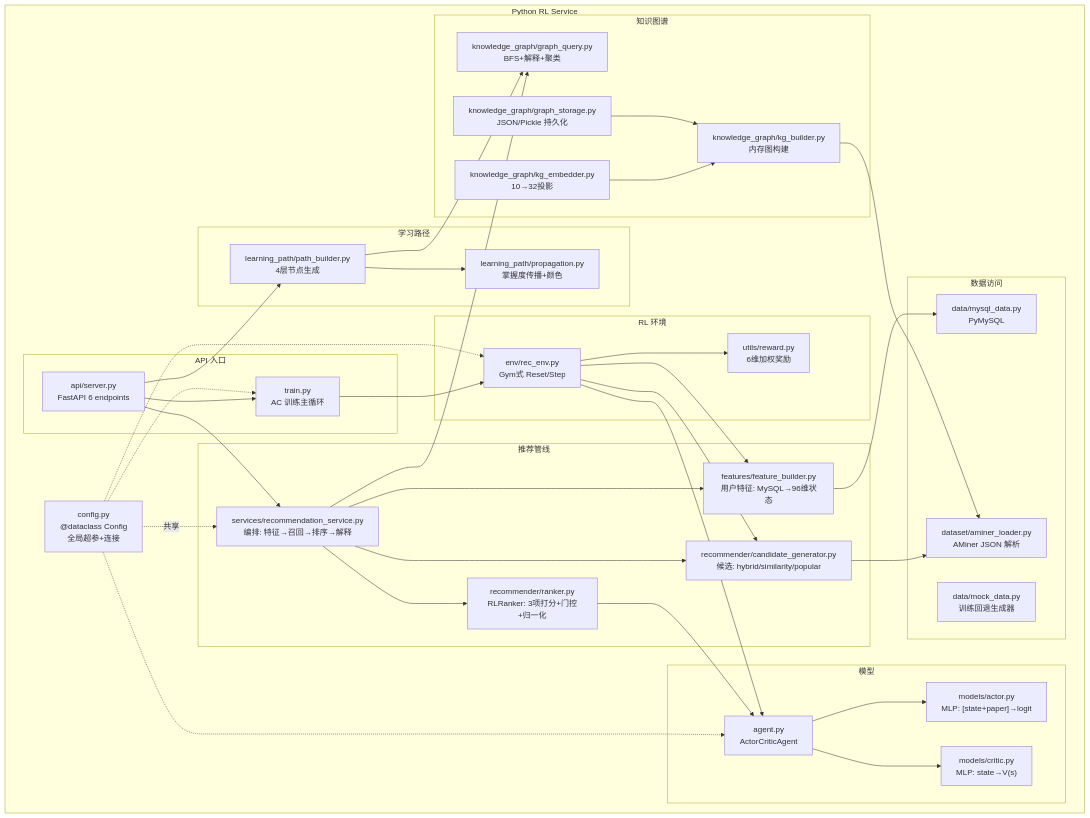
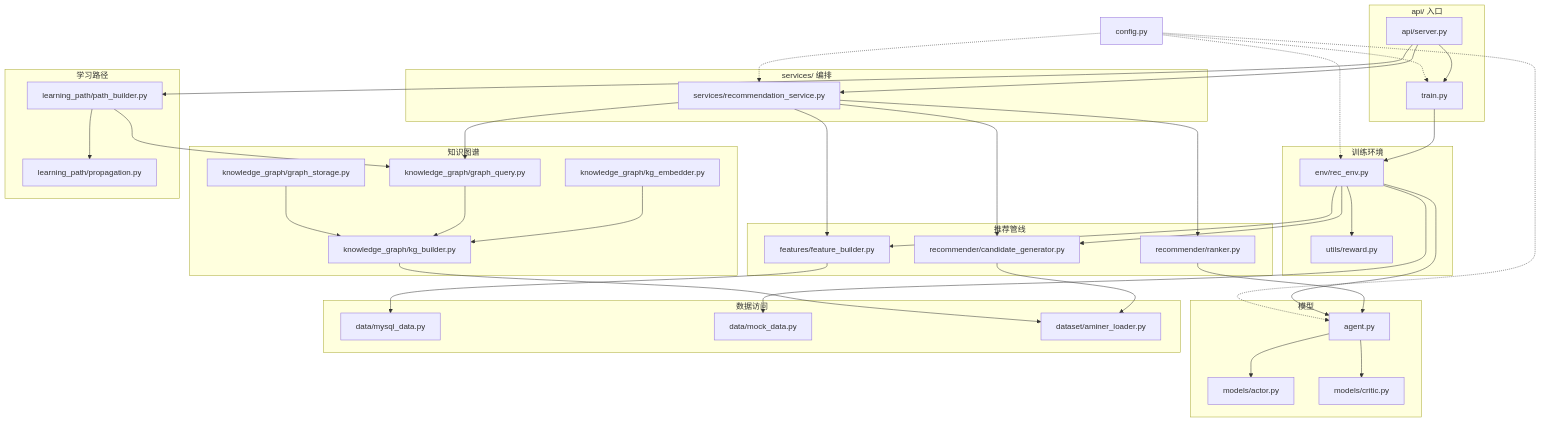
Before and after one commit to this1is1i/ACSR: the third of 3 diagrams in docs/QA_2026-06-07_2026-06-08_v3.md, drawn with Mermaid. The commit also changed other lines of this file and 1 other file, not shown here.

First line of the commit message:
docs: simplify Q45 package diagrams to local code modules only

````diff
--- a/docs/QA_2026-06-07_2026-06-08_v3.md
+++ b/docs/QA_2026-06-07_2026-06-08_v3.md
@@ -2032,52 +2099,56 @@
 ```mermaid
 graph TD
-    subgraph "Python RL Service"
-        CFG["config.py<br/>@dataclass Config<br/>全局超参+连接"]
+    CFG["config.py"]
 
-        subgraph "API 入口"
-            API["api/server.py<br/>FastAPI 6 endpoints"]
-            TRAIN["train.py<br/>AC 训练主循环"]
-        end
-
-        subgraph "推荐管线"
-            SVC["services/recommendation_service.py<br/>编排: 特征→召回→排序→解释"]
-            FEAT["features/feature_builder.py<br/>用户特征: MySQL→96维状态"]
-            CAND["recommender/candidate_generator.py<br/>候选: hybrid/similarity/popular"]
-            RANK["recommender/ranker.py<br/>RLRanker: 3项打分+门控+归一化"]
-        end
-
-        subgraph "模型"
-            AGENT["agent.py<br/>ActorCriticAgent"]
-            ACTOR["models/actor.py<br/>MLP: [state+paper]→logit"]
-            CRITIC["models/critic.py<br/>MLP: state→V(s)"]
-        end
-
-        subgraph "RL 环境"
-            ENV["env/rec_env.py<br/>Gym式 Reset/Step"]
-            RWD["utils/reward.py<br/>6维加权奖励"]
-        end
-
-        subgraph "知识图谱"
-            KGB["knowledge_graph/kg_builder.py<br/>内存图构建"]
-            KGE["knowledge_graph/kg_embedder.py<br/>10→32投影"]
-            KGQ["knowledge_graph/graph_query.py<br/>BFS+解释+聚类"]
-            KGS["knowledge_graph/graph_storage.py<br/>JSON/Pickle 持久化"]
-        end
-
-        subgraph "学习路径"
-            LPB["learning_path/path_builder.py<br/>4层节点生成"]
-            LPP["learning_path/propagation.py<br/>掌握度传播+颜色"]
-        end
-
-        subgraph "数据访问"
-            MYS["data/mysql_data.py<br/>PyMySQL"]
-            MOCK["data/mock_data.py<br/>训练回退生成器"]
-            LOAD["dataset/aminer_loader.py<br/>AMiner JSON 解析"]
-        end
+    subgraph "api/ 入口"
+        API["api/server.py"]
+        TRAIN["train.py"]
     end
 
+    subgraph "services/ 编排"
+        SVC["services/recommendation_service.py"]
+    end
+
+    subgraph "推荐管线"
+        FEAT["features/feature_builder.py"]
+        CAND["recommender/candidate_generator.py"]
+        RANK["recommender/ranker.py"]
+    end
+
+    subgraph "模型"
+        AGENT["agent.py"]
+        ACTOR["models/actor.py"]
+        CRITIC["models/critic.py"]
+    end
+
+    subgraph "训练环境"
+        ENV["env/rec_env.py"]
+        RWD["utils/reward.py"]
+    end
+
+    subgraph "知识图谱"
+        KGB["knowledge_graph/kg_builder.py"]
+        KGE["knowledge_graph/kg_embedder.py"]
+        KGQ["knowledge_graph/graph_query.py"]
+        KGS["knowledge_graph/graph_storage.py"]
+    end
+
+    subgraph "学习路径"
+        LPB["learning_path/path_builder.py"]
+        LPP["learning_path/propagation.py"]
+    end
+
+    subgraph "数据访问"
+        MYS["data/mysql_data.py"]
+        MOCK["data/mock_data.py"]
+        LOAD["dataset/aminer_loader.py"]
+    end
+
+    %% API → 编排
     API --> SVC
     API --> TRAIN
+
+    %% 推荐管线
     SVC --> FEAT
     SVC --> CAND
     SVC --> RANK
@@ -2085,21 +2156,32 @@
     RANK --> AGENT
     AGENT --> ACTOR
     AGENT --> CRITIC
+
+    %% 训练
     TRAIN --> ENV
     ENV --> RWD
     ENV --> FEAT
     ENV --> CAND
     ENV --> AGENT
+
+    %% 数据访问
     FEAT --> MYS
     CAND --> LOAD
+    ENV --> MOCK
+
+    %% 知识图谱
+    KGB --> LOAD
+    KGE --> KGB
+    KGQ --> KGB
+    KGS --> KGB
+
+    %% 学习路径
     API --> LPB
     LPB --> LPP
     LPB --> KGQ
-    KGB --> LOAD
-    KGE --> KGB
-    KGS --> KGB
 
-    CFG -.->|共享| SVC
+    %% 配置
+    CFG -.-> SVC
     CFG -.-> AGENT
     CFG -.-> TRAIN
     CFG -.-> ENV
````
